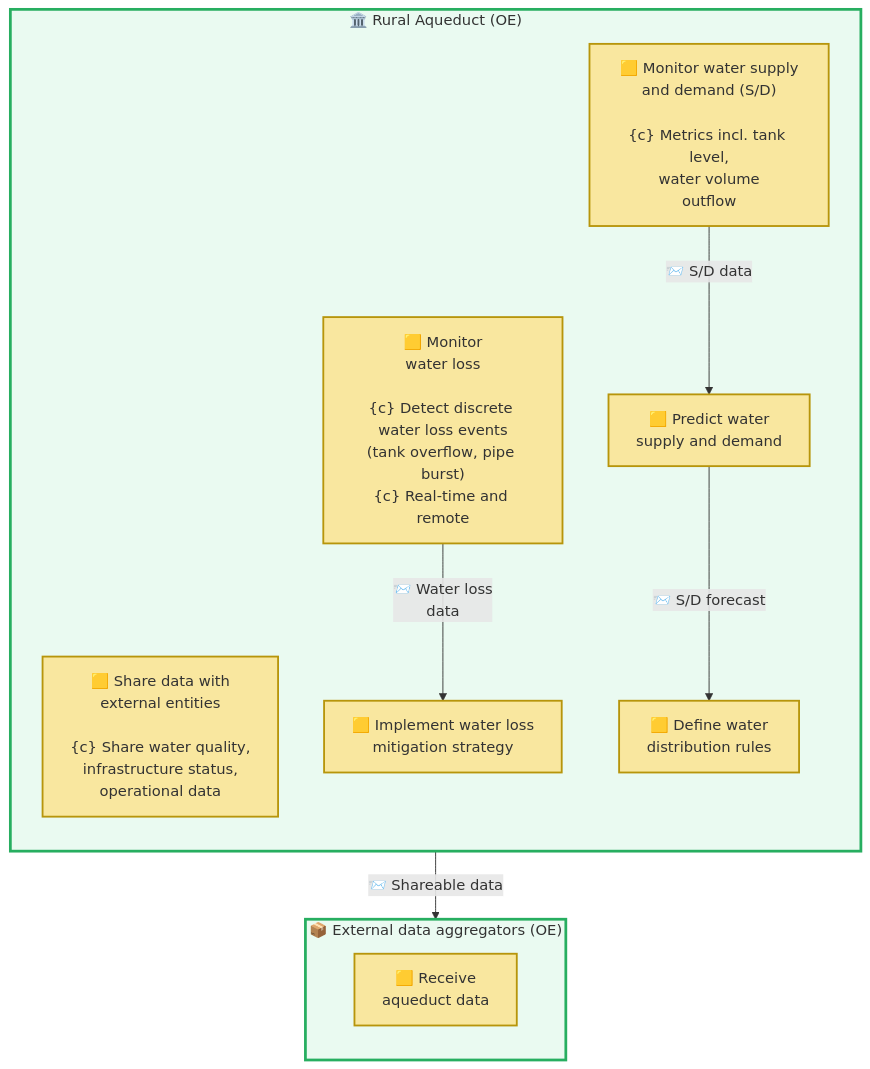
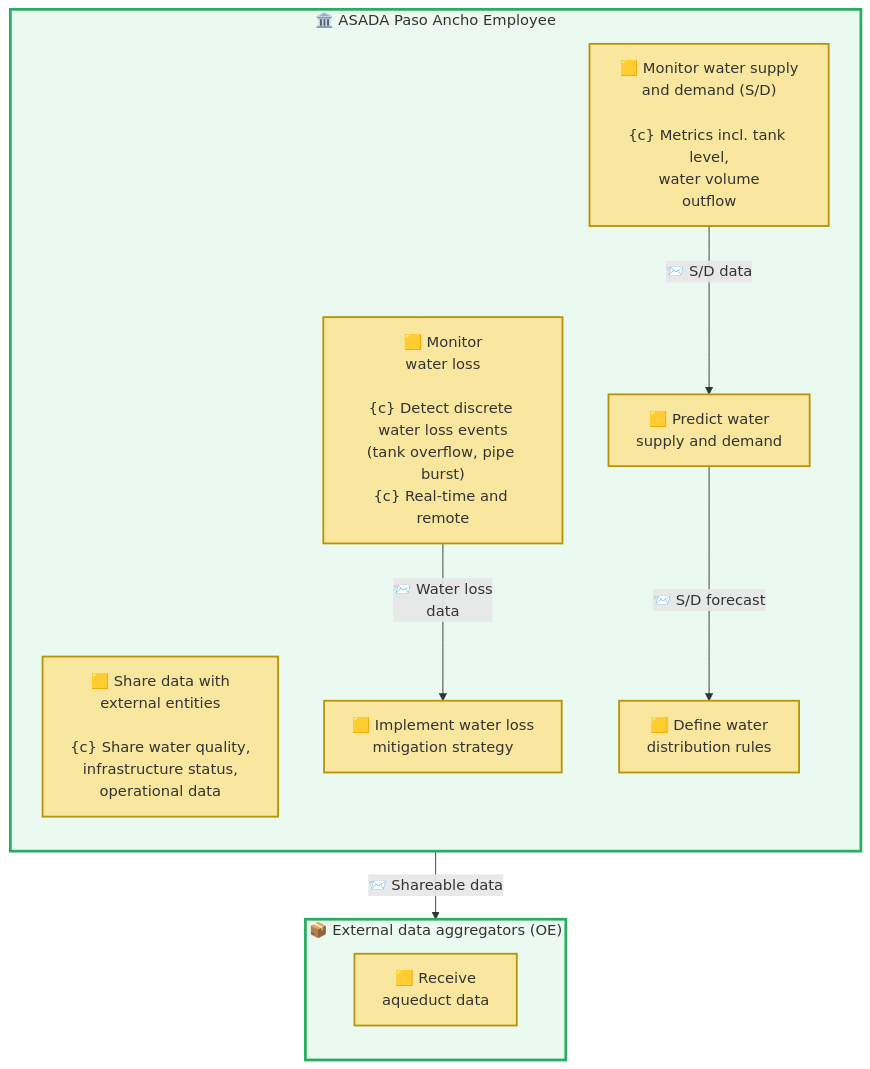
The diagram in se/organizational_architecture.mmd (DeltaLabo/ASADA_Paso_Ancho), drawn with Mermaid before and after one commit. The commit also changed 23 other files, not shown here.

```diff
--- a/se/organizational_architecture.mmd
+++ b/se/organizational_architecture.mmd
@@ -1,32 +1,32 @@
 flowchart TB
-    subgraph RuralAqueduct["🏛️ Rural Aqueduct (OE)"]
+    subgraph RuralAqueduct["🏛️ ASADA Paso Ancho Employee"]
         direction TB
         
         A6["🟨 Share data with<br/>external entities<br/><br/>{c} Share water quality,<br/>infrastructure status,<br/>operational data"]
         A3["🟨 Monitor<br/>water loss<br/><br/>{c} Detect discrete water loss events<br/>(tank overflow, pipe burst)<br/>{c} Real-time and remote"]
         A4["🟨 Implement water loss<br/>mitigation strategy"]
         A10["🟨 Monitor water supply<br/>and demand (S/D)<br/><br/>{c} Metrics incl. tank level,<br/>water volume<br/>outflow"]
         A11["🟨 Predict water<br/>supply and demand"]
         A12["🟨 Define water<br/>distribution rules"]
     end
 
     subgraph ExternalDataAgg["📦 External data aggregators (OE)"]
         direction TB
         E1["🟨 Receive<br/>aqueduct data"]
     end
 
     %% Internal functional exchanges
     A3 -->|"📨 Water loss<br/>data"| A4
     A10 -->|"📨 S/D data"| A11
     A11 -->|"📨 S/D forecast"| A12
     
     %% External exchanges
     A6 -->|"📨 Shareable data"| E1
 
     %% Styling
     classDef activityClass fill:#f9e79f,stroke:#b7950b,stroke-width:2px
     classDef containerClass fill:#eafaf1,stroke:#27ae60,stroke-width:3px
 
     class A3,A4,A6,A10,A11,A12 activityClass
     class E1 activityClass
     class RuralAqueduct,ExternalDataAgg,WQEvaluator containerClass
```
